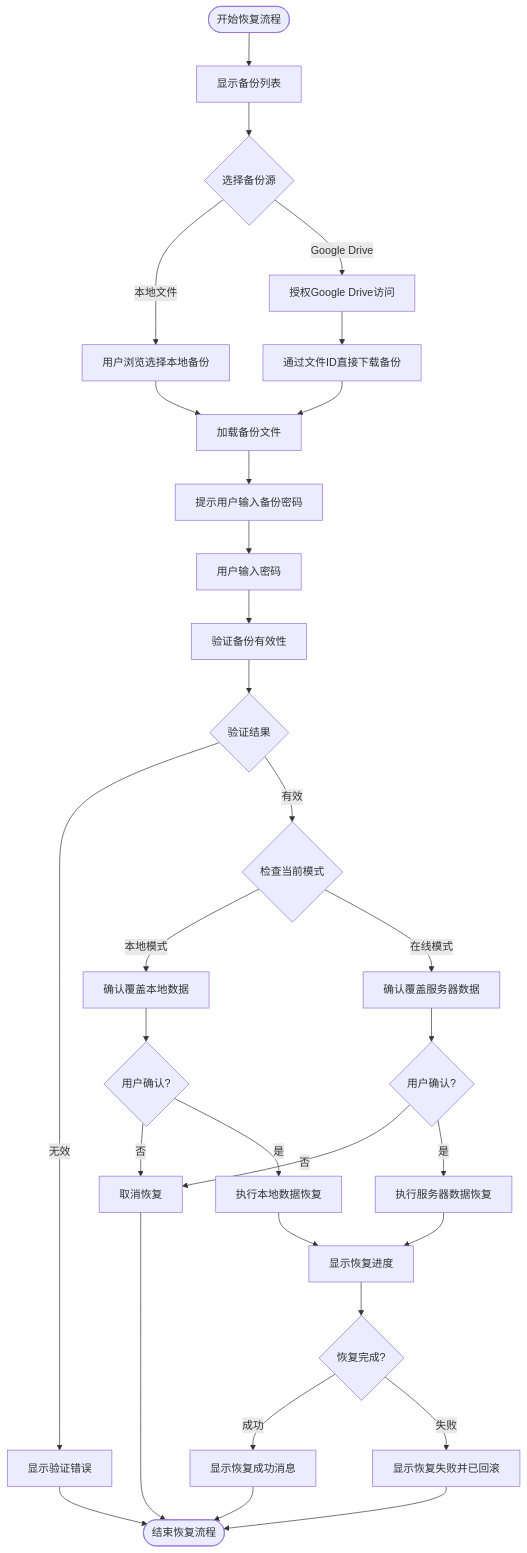
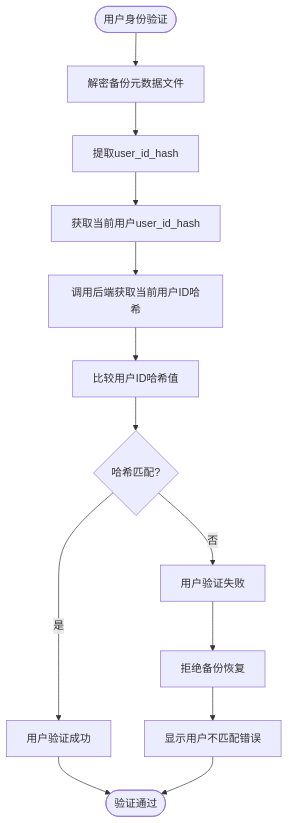
Before and after one commit to yingjianzh/iodraw-files: the diagram in all/未命名-60.md, drawn with Mermaid.

Commit message:
2025-05-15 15:08:21 update

````diff
--- a/all/未命名-60.md
+++ b/all/未命名-60.md
@@ -1,46 +1,21 @@
 ```mermaid
 
 flowchart TD
-    Start([开始恢复流程]) --> ShowRestoreDialog[显示备份列表]
-    ShowRestoreDialog --> SelectSource{选择备份源}
+    Start([用户身份验证]) --> DecryptMetadata[解密备份元数据文件]
+    DecryptMetadata --> ExtractUserHash[提取user_id_hash]
+    ExtractUserHash --> GetCurrentUser[获取当前用户user_id_hash]
     
-    SelectSource -->|本地文件| BrowseLocalFile[用户浏览选择本地备份]
-    SelectSource -->|Google Drive| AuthGDrive[授权Google Drive访问]
+    GetCurrentUser --> HashCurrentUser[调用后端获取当前用户ID哈希]
+    HashCurrentUser --> CompareHashes[比较用户ID哈希值]
     
-    BrowseLocalFile --> LoadBackupFile[加载备份文件]
+    CompareHashes --> HashMatch{哈希匹配?}
+    HashMatch -->|是| VerifySuccess[用户验证成功]
+    HashMatch -->|否| VerifyFailure[用户验证失败]
     
-    AuthGDrive --> DownloadGDriveBackup[通过文件ID直接下载备份]
-    DownloadGDriveBackup --> LoadBackupFile
+    VerifySuccess --> End([验证通过])
+    VerifyFailure --> RejectBackup[拒绝备份恢复]
+    RejectBackup --> ShowUserError[显示用户不匹配错误]
     
-    LoadBackupFile --> PromptPassword[提示用户输入备份密码]
-    PromptPassword --> UserEntersPassword[用户输入密码]
-    UserEntersPassword --> ValidateBackup[验证备份有效性]
-    
-    ValidateBackup --> ValidationResult{验证结果}
-    ValidationResult -->|无效| ShowValidationError[显示验证错误]
-    ValidationResult -->|有效| CheckCurrentMode{检查当前模式}
-    
-    CheckCurrentMode -->|本地模式| ConfirmLocalRestore[确认覆盖本地数据]
-    CheckCurrentMode -->|在线模式| ConfirmServerRestore[确认覆盖服务器数据]
-    
-    ConfirmLocalRestore --> UserConfirm1{用户确认?}
-    UserConfirm1 -->|否| CancelRestore[取消恢复]
-    UserConfirm1 -->|是| ExecuteLocalRestore[执行本地数据恢复]
-    
-    ConfirmServerRestore --> UserConfirm2{用户确认?}
-    UserConfirm2 -->|否| CancelRestore
-    UserConfirm2 -->|是| ExecuteServerRestore[执行服务器数据恢复]
-    
-    ExecuteLocalRestore --> ShowProgress[显示恢复进度]
-    ExecuteServerRestore --> ShowProgress
-    
-    ShowProgress --> RestoreComplete{恢复完成?}
-    RestoreComplete -->|成功| ShowSuccess[显示恢复成功消息]
-    RestoreComplete -->|失败| ShowFailure[显示恢复失败并已回滚]
-    
-    ShowSuccess --> End([结束恢复流程])
-    ShowFailure --> End
-    ShowValidationError --> End
-    CancelRestore --> End
+    ShowUserError --> End
 
 ```
````
